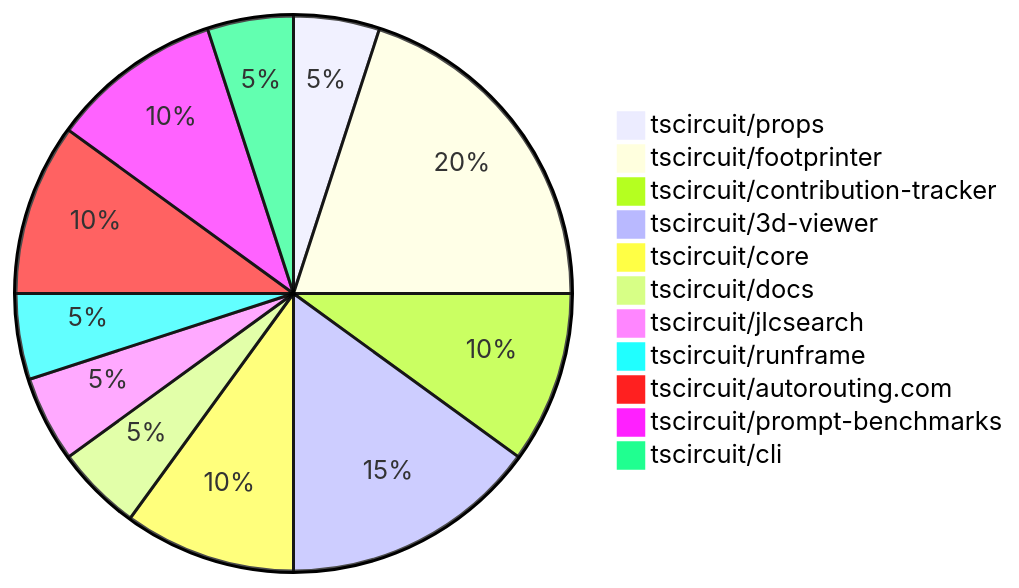
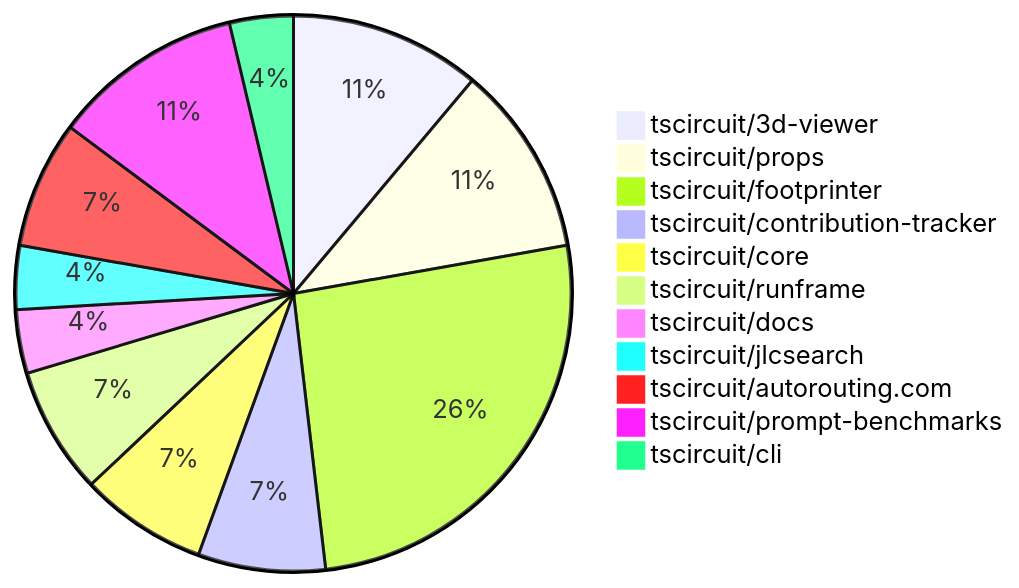
The diagram in README.md (tscircuit/contribution-tracker), drawn with Mermaid before and after one commit. The commit also changed other lines of this file and 2 other files, not shown here.

````diff
--- a/README.md
+++ b/README.md
@@ -24,14 +24,14 @@
 ```mermaid
 pie
-    "tscircuit/props" : 1
-    "tscircuit/footprinter" : 4
+    "tscircuit/3d-viewer" : 3
+    "tscircuit/props" : 3
+    "tscircuit/footprinter" : 7
     "tscircuit/contribution-tracker" : 2
-    "tscircuit/3d-viewer" : 3
     "tscircuit/core" : 2
+    "tscircuit/runframe" : 2
     "tscircuit/docs" : 1
     "tscircuit/jlcsearch" : 1
-    "tscircuit/runframe" : 1
     "tscircuit/autorouting.com" : 2
-    "tscircuit/prompt-benchmarks" : 2
+    "tscircuit/prompt-benchmarks" : 3
     "tscircuit/cli" : 1
 ```
````
